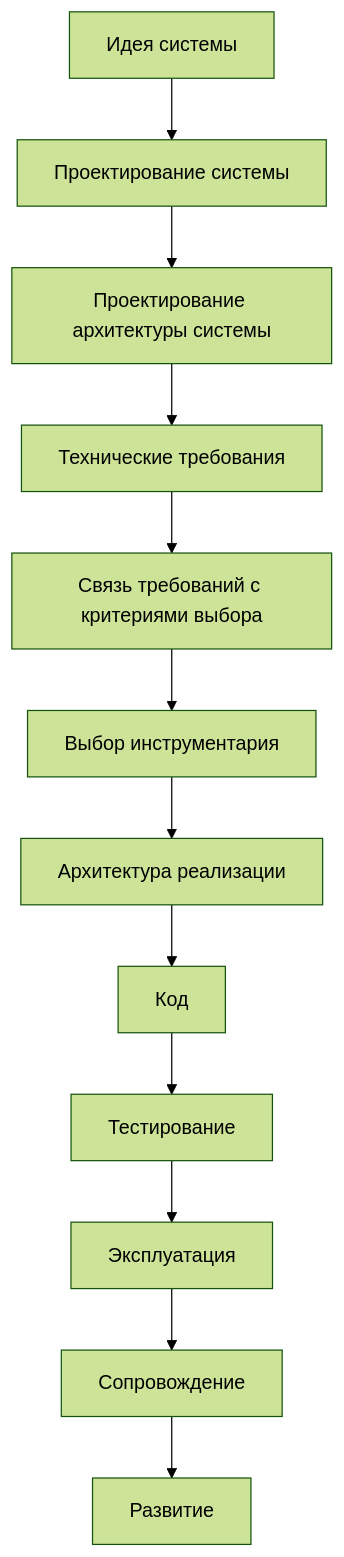
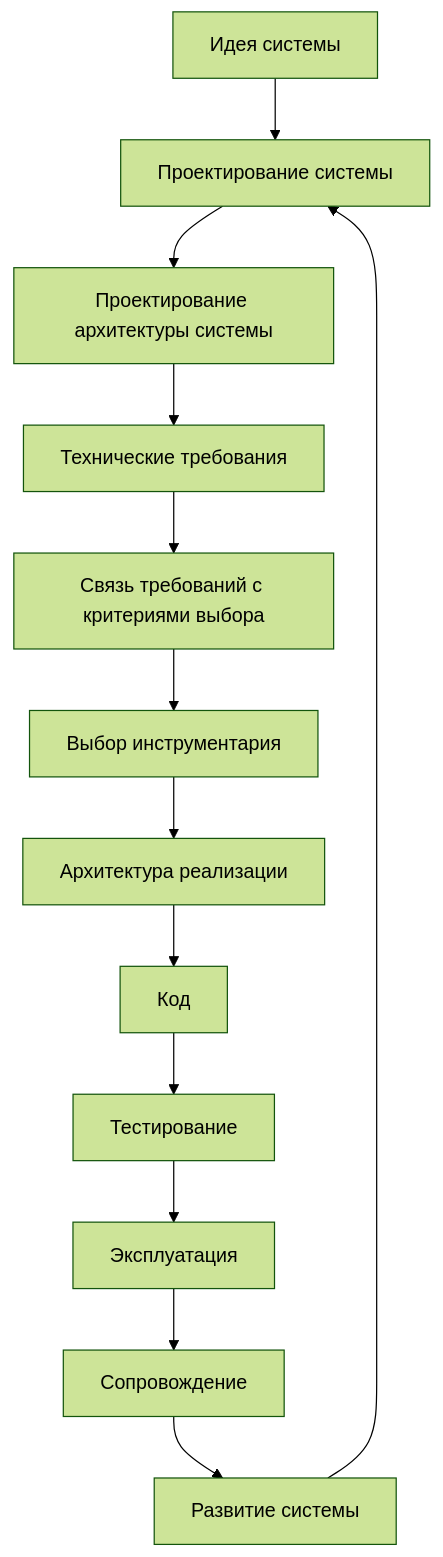
Before and after one commit to Mvil34998/Programming-Digital-Systems: the first of 5 diagrams in docs/00_maps/Documentation_Map.md, drawn with Mermaid (forest theme). The commit also changed other lines of this file, not shown here.

````diff
--- a/docs/00_maps/Documentation_Map.md
+++ b/docs/00_maps/Documentation_Map.md
@@ -246,14 +258,15 @@
 ```mermaid
 flowchart TD
     A[Идея системы] --> B[Проектирование системы]
     B --> C[Проектирование архитектуры системы]
     C --> D[Технические требования]
     D --> E[Связь требований с критериями выбора]
     E --> F[Выбор инструментария]
     F --> G[Архитектура реализации]
     G --> H[Код]
     H --> I[Тестирование]
     I --> J[Эксплуатация]
     J --> K[Сопровождение]
-    K --> L[Развитие]
+    K --> L[Развитие системы]
+    L --> B
 ```
````
